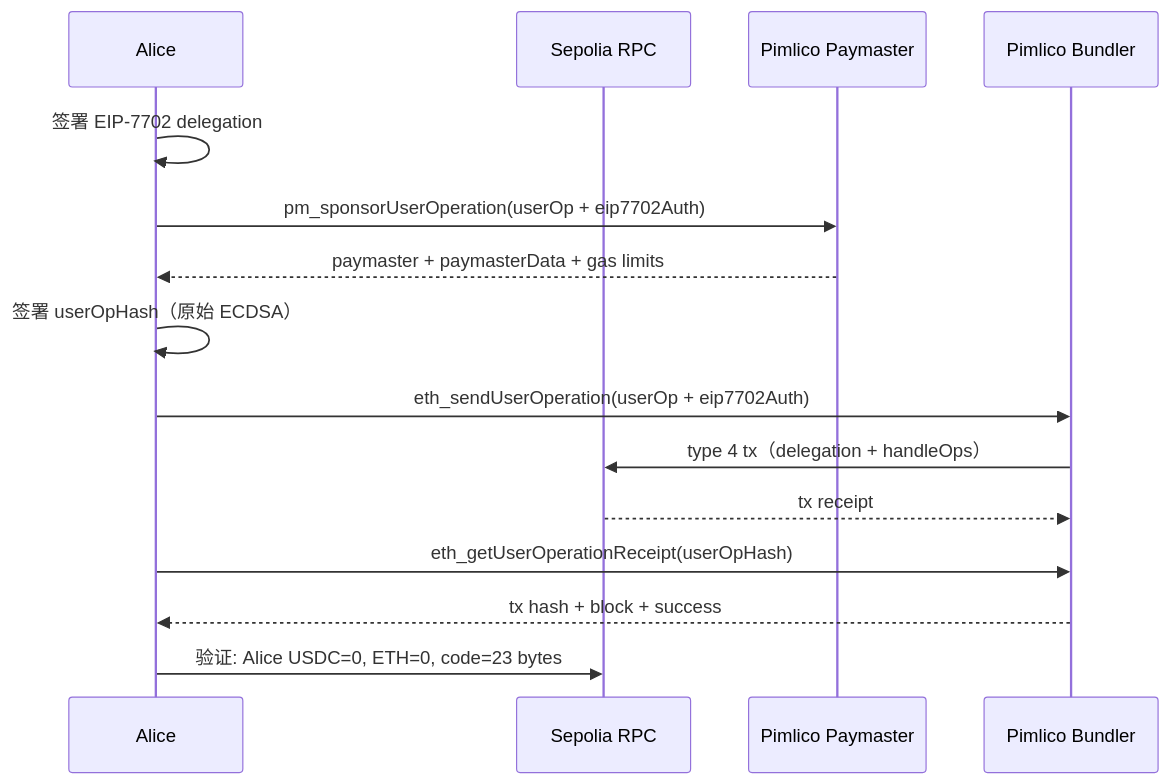
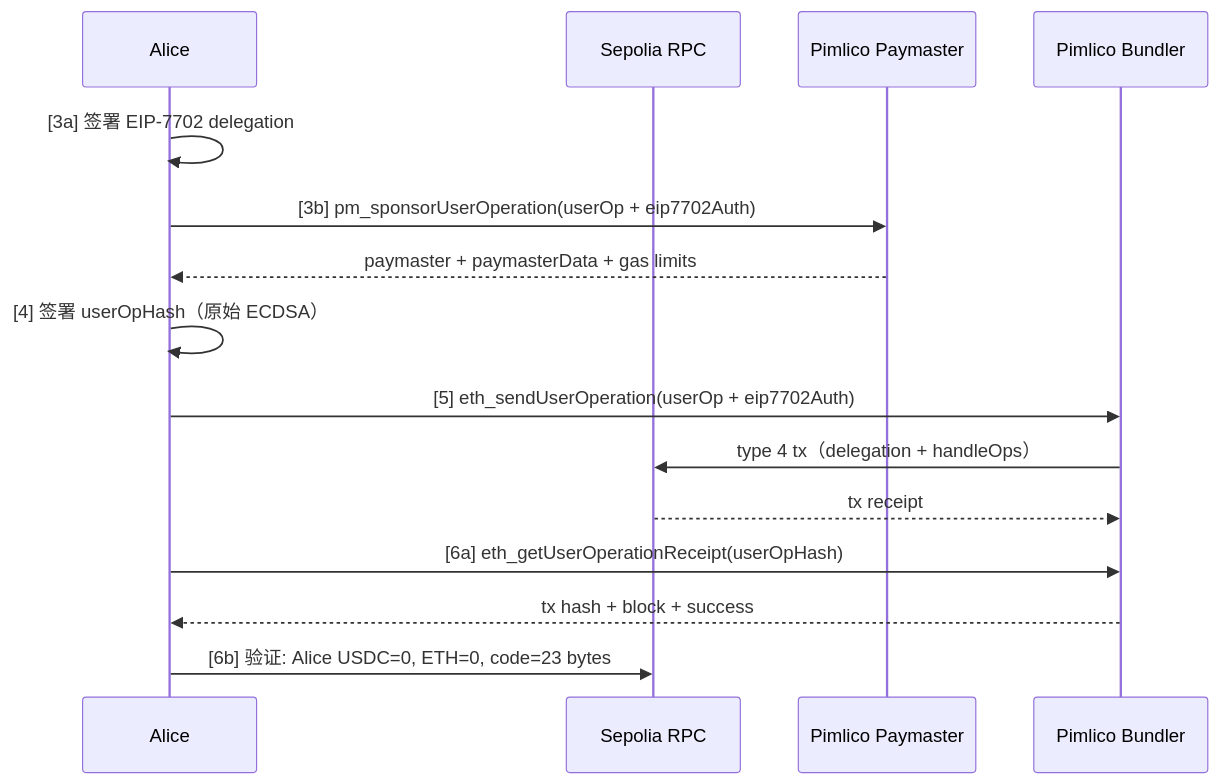
The diagram in script/python/README_zh.md (CoboTest/eip7702-minimal-account), drawn with Mermaid before and after one commit. The commit also changed 2 other files, not shown here.

Commit message:
docs: add step numbers (3a/3b/6a/6b) to diagram, code, and logs

````diff
--- a/script/python/README_zh.md
+++ b/script/python/README_zh.md
@@ -134,21 +134,21 @@
 ```mermaid
 sequenceDiagram
     participant A as Alice
     participant RPC as Sepolia RPC
     participant PM as Pimlico Paymaster
     participant B as Pimlico Bundler
 
-    A->>A: 签署 EIP-7702 delegation
-    A->>PM: pm_sponsorUserOperation(userOp + eip7702Auth)
+    A->>A: [3a] 签署 EIP-7702 delegation
+    A->>PM: [3b] pm_sponsorUserOperation(userOp + eip7702Auth)
     PM-->>A: paymaster + paymasterData + gas limits
 
-    A->>A: 签署 userOpHash（原始 ECDSA）
+    A->>A: [4] 签署 userOpHash（原始 ECDSA）
 
-    A->>B: eth_sendUserOperation(userOp + eip7702Auth)
+    A->>B: [5] eth_sendUserOperation(userOp + eip7702Auth)
     B->>RPC: type 4 tx（delegation + handleOps）
     RPC-->>B: tx receipt
 
-    A->>B: eth_getUserOperationReceipt(userOpHash)
+    A->>B: [6a] eth_getUserOperationReceipt(userOpHash)
     B-->>A: tx hash + block + success
-    A->>RPC: 验证: Alice USDC=0, ETH=0, code=23 bytes
+    A->>RPC: [6b] 验证: Alice USDC=0, ETH=0, code=23 bytes
 ```
````
